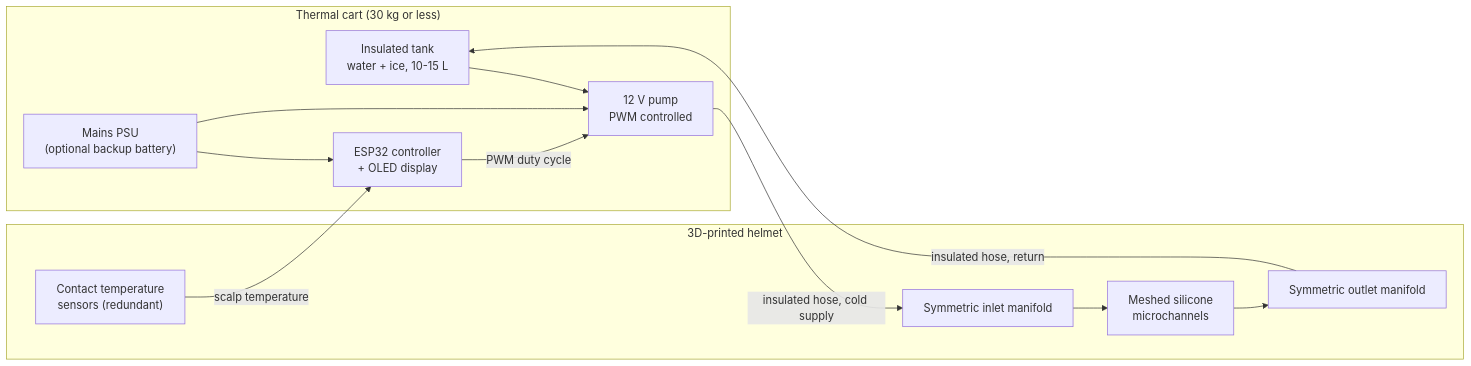
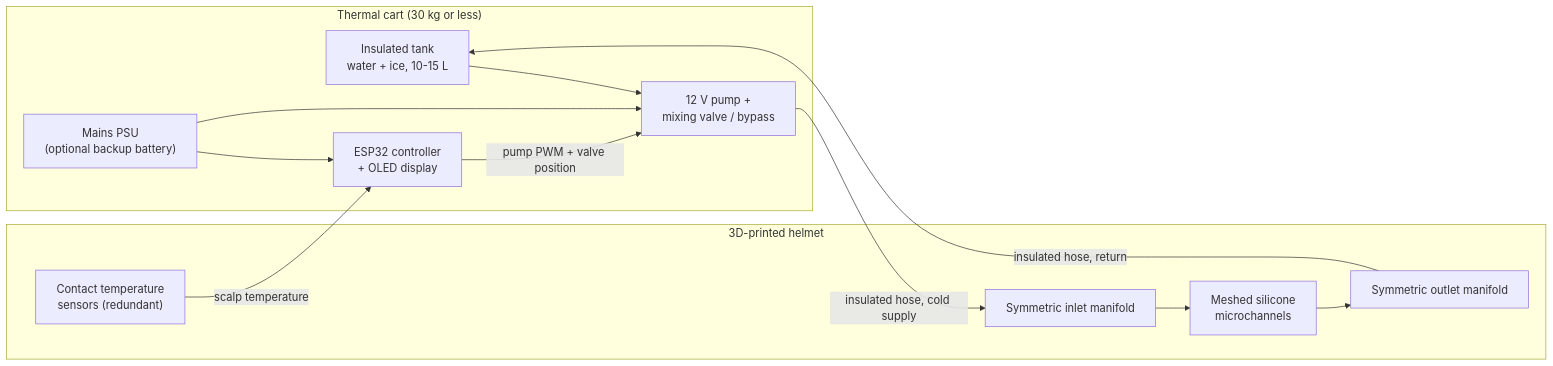
Before and after one commit to dbianco/thermascalp: the diagram in README.md, drawn with Mermaid. The commit also changed other lines of this file and 8 other files, not shown here.

````diff
--- a/README.md
+++ b/README.md
@@ -47,20 +53,20 @@
 ```mermaid
 flowchart LR
     subgraph Cart["Thermal cart (30 kg or less)"]
         T["Insulated tank<br/>water + ice, 10-15 L"]
-        P["12 V pump<br/>PWM controlled"]
+        P["12 V pump +<br/>mixing valve / bypass"]
         C["ESP32 controller<br/>+ OLED display"]
         PSU["Mains PSU<br/>(optional backup battery)"]
     end
     subgraph Helmet["3D-printed helmet"]
         IN["Symmetric inlet manifold"]
         M["Meshed silicone<br/>microchannels"]
         OUT["Symmetric outlet manifold"]
         S["Contact temperature<br/>sensors (redundant)"]
     end
     T --> P -->|"insulated hose, cold supply"| IN --> M --> OUT -->|"insulated hose, return"| T
     S -->|"scalp temperature"| C
-    C -->|"PWM duty cycle"| P
+    C -->|"pump PWM + valve position"| P
     PSU --> C
     PSU --> P
 ```
````
